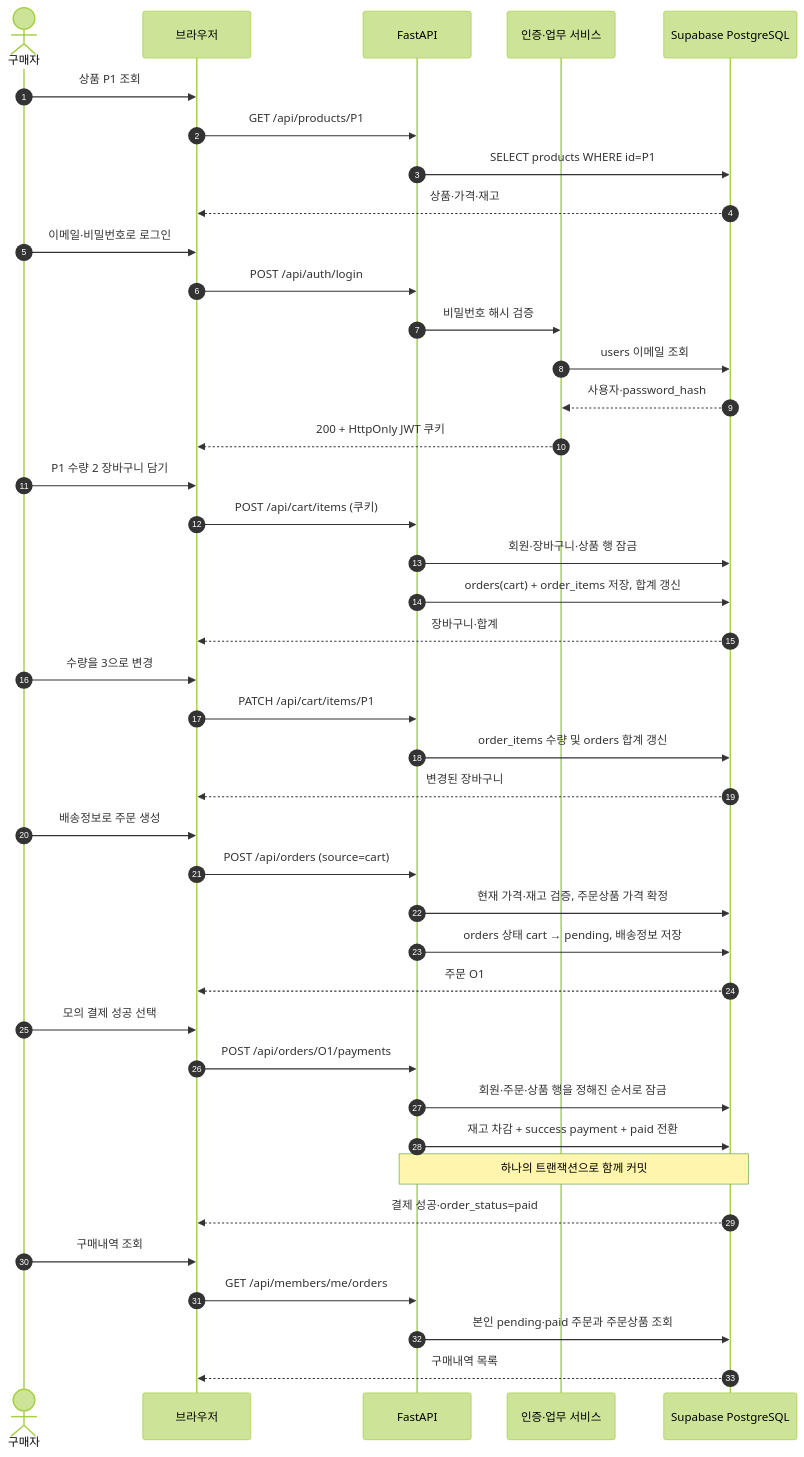
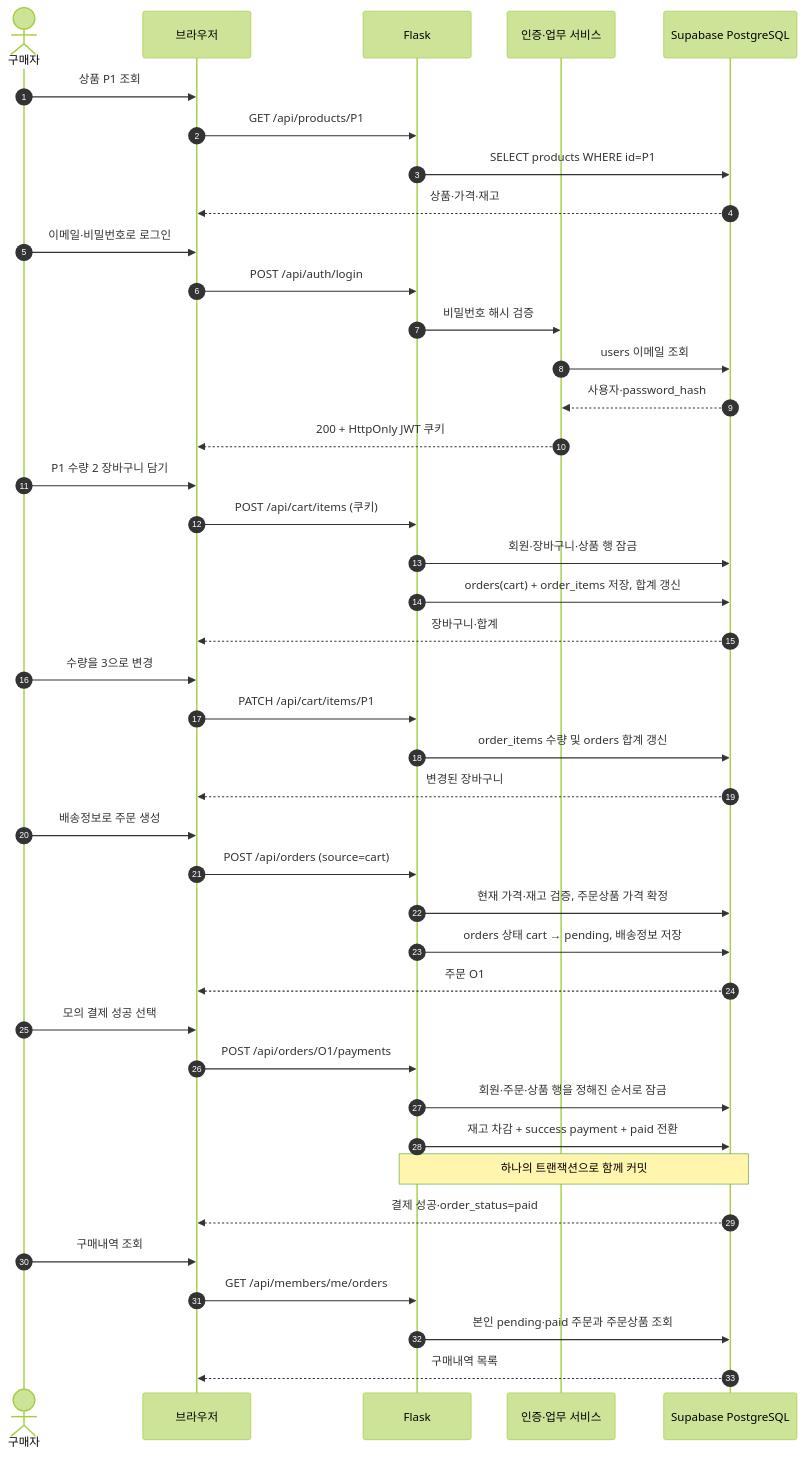
The third of 3 diagrams in docs/notion-project-overview.md (skn29teacher/moa-shop), drawn with Mermaid (forest theme) before and after one commit. The commit also changed other lines of this file and 55 other files, not shown here.

````diff
--- a/docs/notion-project-overview.md
+++ b/docs/notion-project-overview.md
@@ -275,50 +277,50 @@
 ```mermaid
 sequenceDiagram
     autonumber
     actor Buyer as 구매자
     participant Browser as 브라우저
-    participant API as FastAPI
+    participant API as Flask
     participant Auth as 인증·업무 서비스
     participant DB as Supabase PostgreSQL
 
     Buyer->>Browser: 상품 P1 조회
     Browser->>API: GET /api/products/P1
     API->>DB: SELECT products WHERE id=P1
     DB-->>Browser: 상품·가격·재고
 
     Buyer->>Browser: 이메일·비밀번호로 로그인
     Browser->>API: POST /api/auth/login
     API->>Auth: 비밀번호 해시 검증
     Auth->>DB: users 이메일 조회
     DB-->>Auth: 사용자·password_hash
     Auth-->>Browser: 200 + HttpOnly JWT 쿠키
 
     Buyer->>Browser: P1 수량 2 장바구니 담기
     Browser->>API: POST /api/cart/items (쿠키)
     API->>DB: 회원·장바구니·상품 행 잠금
     API->>DB: orders(cart) + order_items 저장, 합계 갱신
     DB-->>Browser: 장바구니·합계
 
     Buyer->>Browser: 수량을 3으로 변경
     Browser->>API: PATCH /api/cart/items/P1
     API->>DB: order_items 수량 및 orders 합계 갱신
     DB-->>Browser: 변경된 장바구니
 
     Buyer->>Browser: 배송정보로 주문 생성
     Browser->>API: POST /api/orders (source=cart)
     API->>DB: 현재 가격·재고 검증, 주문상품 가격 확정
     API->>DB: orders 상태 cart → pending, 배송정보 저장
     DB-->>Browser: 주문 O1
 
     Buyer->>Browser: 모의 결제 성공 선택
     Browser->>API: POST /api/orders/O1/payments
     API->>DB: 회원·주문·상품 행을 정해진 순서로 잠금
     API->>DB: 재고 차감 + success payment + paid 전환
     Note over API,DB: 하나의 트랜잭션으로 함께 커밋
     DB-->>Browser: 결제 성공·order_status=paid
 
     Buyer->>Browser: 구매내역 조회
     Browser->>API: GET /api/members/me/orders
     API->>DB: 본인 pending·paid 주문과 주문상품 조회
     DB-->>Browser: 구매내역 목록
 ```
````
